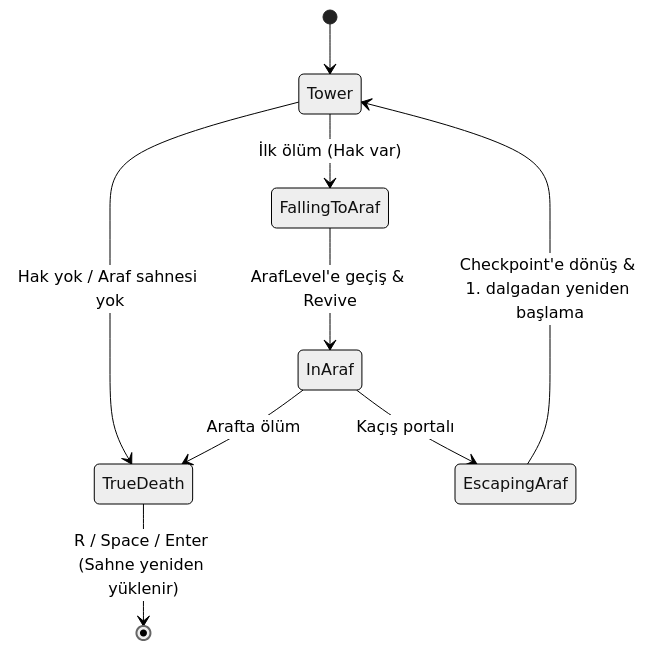
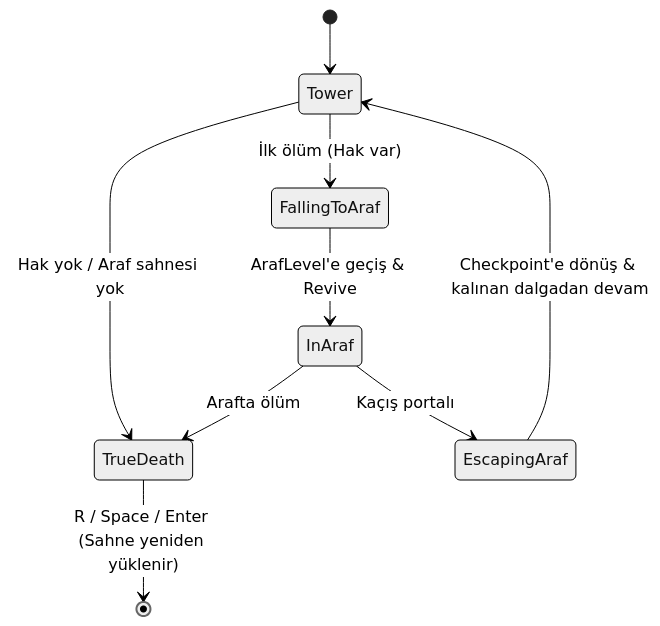
Before and after one commit to HazmaK/Graduation-Project: the second of 2 diagrams in documentation/retro-fps/CoreLoopAndPurgatory.md, drawn with Mermaid (neutral theme). The commit also changed other lines of this file and 44 other files, not shown here.

````diff
--- a/documentation/retro-fps/CoreLoopAndPurgatory.md
+++ b/documentation/retro-fps/CoreLoopAndPurgatory.md
@@ -91,11 +91,11 @@
 ```mermaid
 stateDiagram-v2
     [*] --> Tower
     Tower --> FallingToAraf: İlk ölüm (Hak var)
     Tower --> TrueDeath: Hak yok / Araf sahnesi yok
     FallingToAraf --> InAraf: ArafLevel'e geçiş & Revive
     InAraf --> EscapingAraf: Kaçış portalı
     InAraf --> TrueDeath: Arafta ölüm
-    EscapingAraf --> Tower: Checkpoint'e dönüş & 1. dalgadan yeniden başlama
+    EscapingAraf --> Tower: Checkpoint'e dönüş & kalınan dalgadan devam
     TrueDeath --> [*]: R / Space / Enter (Sahne yeniden yüklenir)
 ```
````
